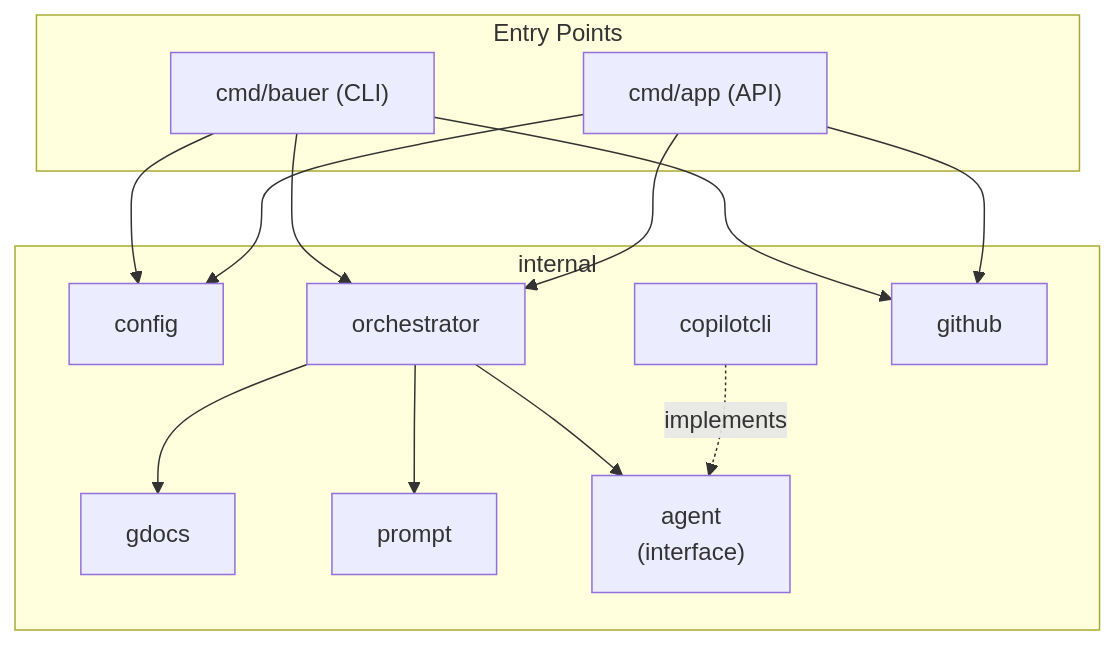
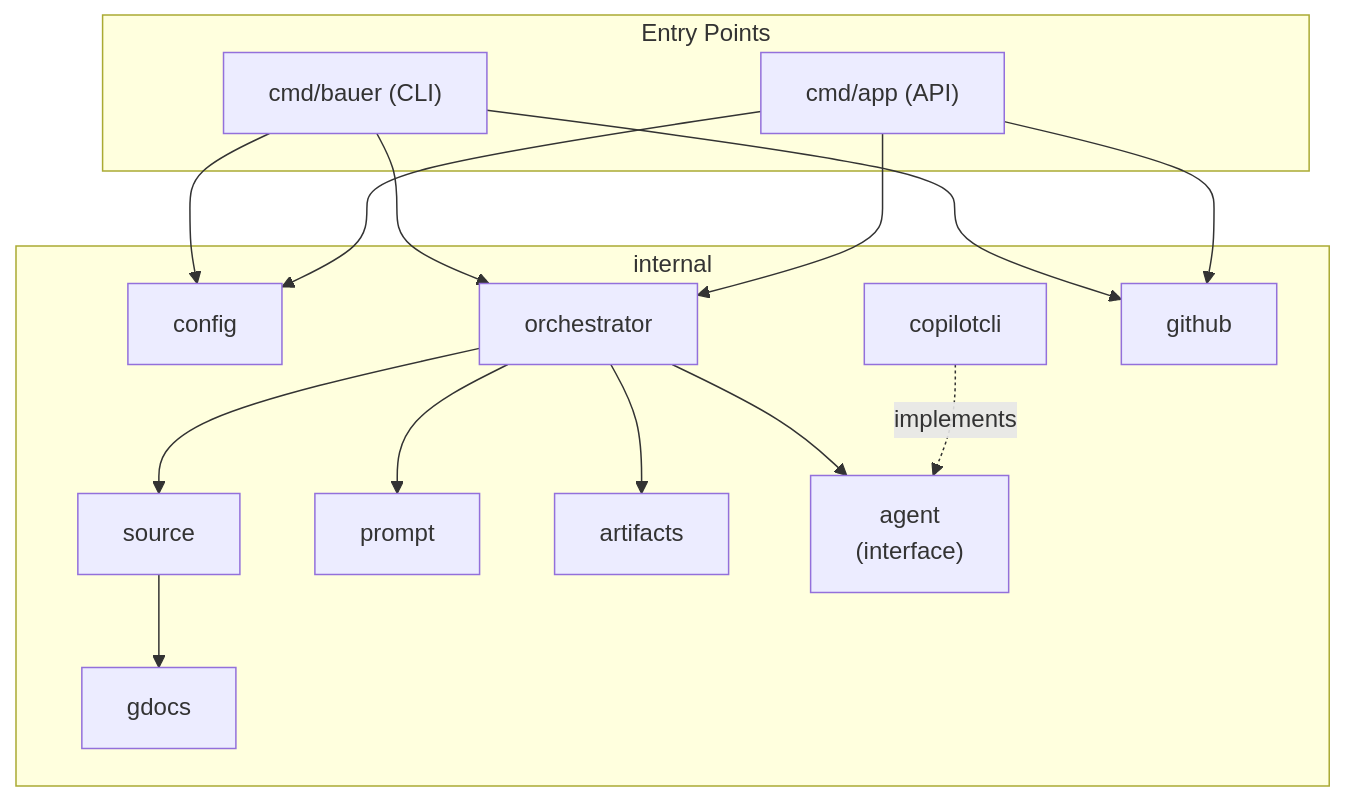
The diagram in docs/specs/001_v2_reconciliation.md (canonical/Bauer), drawn with Mermaid before and after one commit. The commit also changed other lines of this file and 4 other files, not shown here.

````diff
--- a/docs/specs/001_v2_reconciliation.md
+++ b/docs/specs/001_v2_reconciliation.md
@@ -84,28 +91,32 @@
 ```mermaid
 graph TD
     subgraph Entry Points
         CLI["cmd/bauer (CLI)"]
         API["cmd/app (API)"]
     end
 
     subgraph internal
         Config["config"]
+        Source["source"]
         Orch["orchestrator"]
         GDocs["gdocs"]
         Prompt["prompt"]
+        Artifacts["artifacts"]
         Agent["agent\n(interface)"]
         Copilot["copilotcli"]
         GitHub["github"]
     end
 
     CLI --> Config
     API --> Config
     CLI --> Orch
     API --> Orch
     CLI --> GitHub
     API --> GitHub
-    Orch --> GDocs
+    Orch --> Source
+    Source --> GDocs
     Orch --> Prompt
+    Orch --> Artifacts
     Orch --> Agent
     Copilot -. implements .-> Agent
 ```
````
